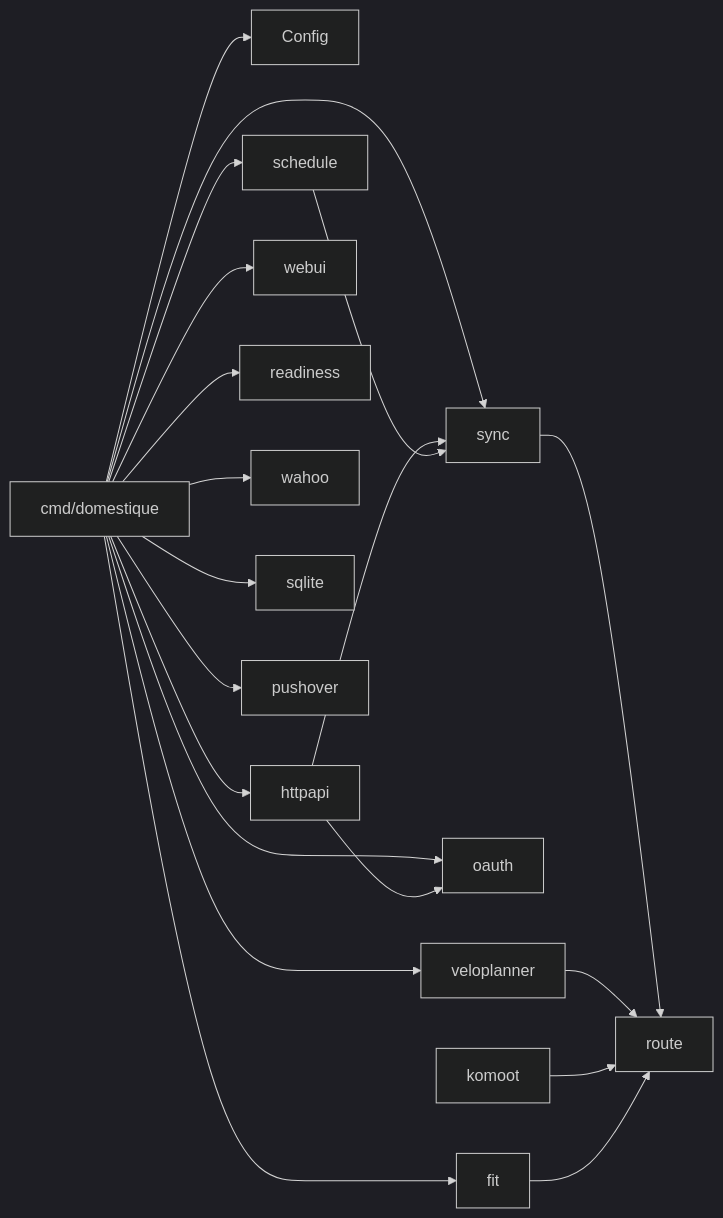
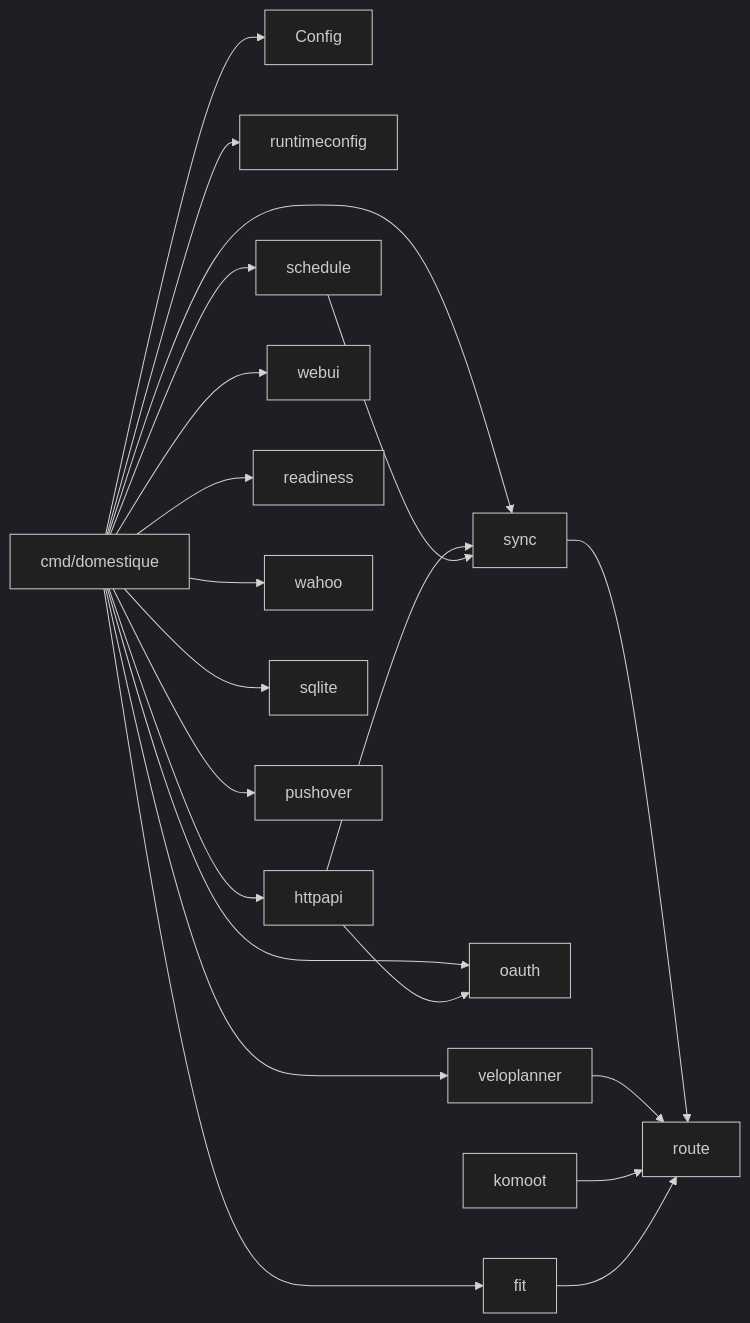
Before and after one commit to nobbs/domestique: the diagram in docs/specs/implementation-architecture.md, drawn with Mermaid (dark theme). The commit also changed other lines of this file and 53 other files, not shown here.

```diff
--- a/docs/specs/implementation-architecture.md
+++ b/docs/specs/implementation-architecture.md
@@ -277,27 +286,28 @@
 ~~~mermaid
 flowchart LR
     Main["cmd/domestique"] --> Config
+    Main --> RuntimeConfig["runtimeconfig"]
     Main --> HTTP
     Main --> Schedule
     Main --> Sync
     Main --> OAuth
 
     HTTP["httpapi"] --> Sync["sync"]
     HTTP --> OAuth["oauth"]
     Schedule["schedule"] --> Sync
 
     Main --> WebUI["webui"]
     Main --> Readiness["readiness"]
 
     Sync --> Route["route"]
 
     VP["veloplanner"] --> Route
     Komoot["komoot"] --> Route
     FIT["fit"] --> Route
 
     Main --> VP
     Main --> FIT
     Main --> Wahoo["wahoo"]
     Main --> SQLite["sqlite"]
     Main --> Pushover["pushover"]
 ~~~
```
